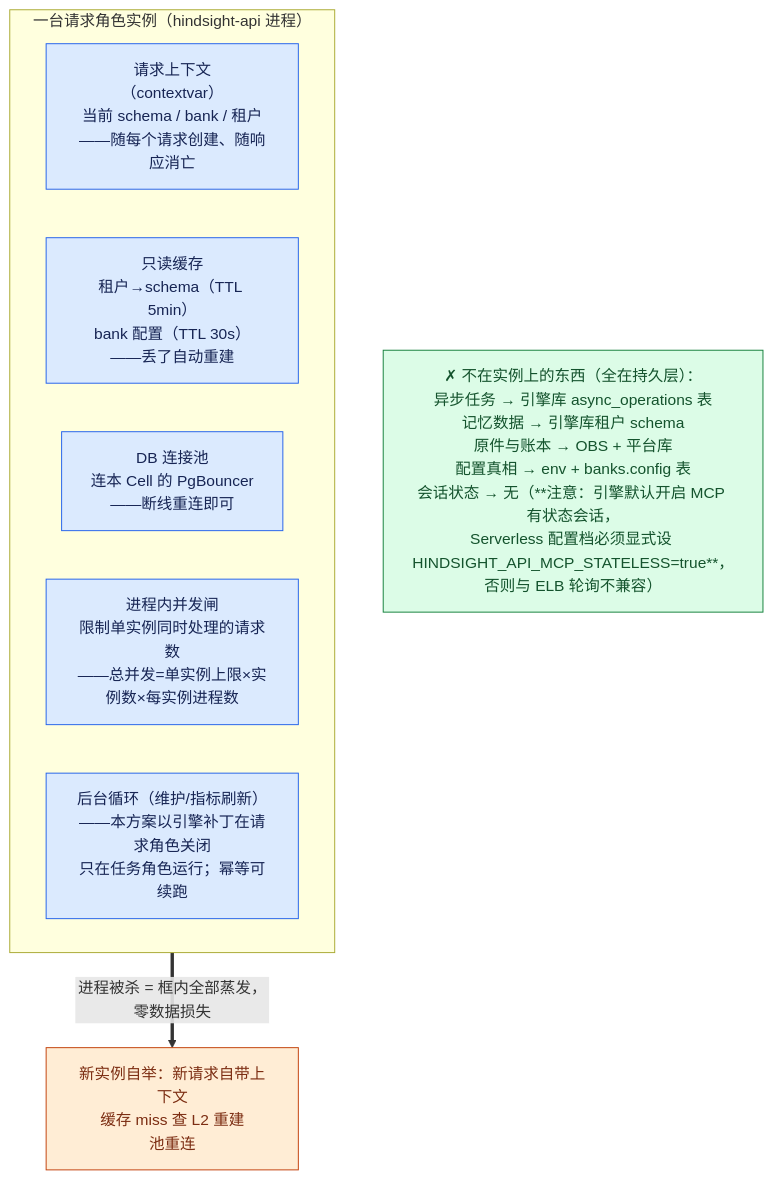
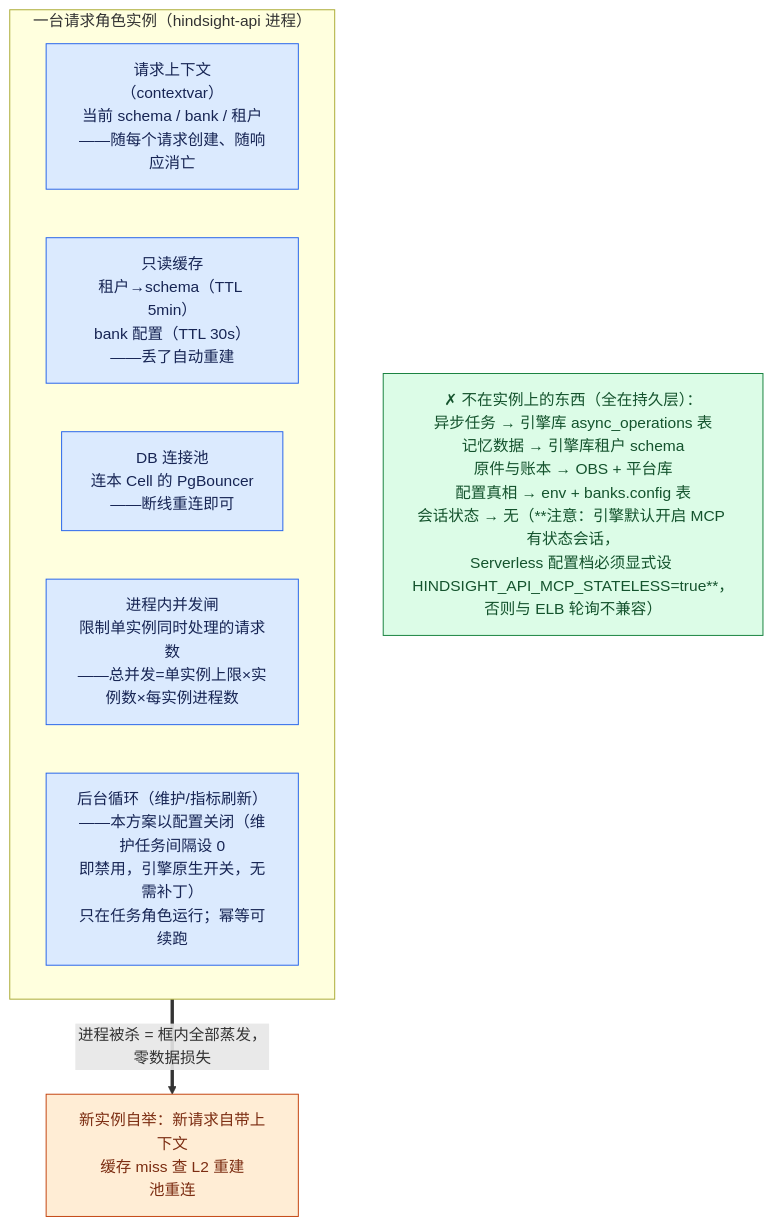
The third of 6 diagrams in docs/hindsight/huawei-cloud-serverless.md (stefanv5/memory-platform-architecture), drawn with Mermaid before and after one commit. The commit also changed other lines of this file, not shown here.

Commit message:
docs(hindsight): split storage tiers, add request-routing diagram, schema provenance, and non-PG data inventory after third review round

```diff
--- a/docs/hindsight/huawei-cloud-serverless.md
+++ b/docs/hindsight/huawei-cloud-serverless.md
@@ -255,16 +302,16 @@
 ~~~mermaid
 flowchart TB
   subgraph INST["一台请求角色实例（hindsight-api 进程）"]
     direction LR
     CV["请求上下文<br/>（contextvar）<br/>当前 schema / bank / 租户<br/>——随每个请求创建、随响应消亡"]:::hs
     CA["只读缓存<br/>租户→schema（TTL 5min）<br/>bank 配置（TTL 30s）<br/>——丢了自动重建"]:::hs
     PO["DB 连接池<br/>连本 Cell 的 PgBouncer<br/>——断线重连即可"]:::hs
     SE["进程内并发闸<br/>限制单实例同时处理的请求数<br/>——总并发=单实例上限×实例数×每实例进程数"]:::hs
-    BG["后台循环（维护/指标刷新）<br/>——本方案以引擎补丁在请求角色关闭<br/>只在任务角色运行；幂等可续跑"]:::hs
+    BG["后台循环（维护/指标刷新）<br/>——本方案以配置关闭（维护任务间隔设 0<br/>即禁用，引擎原生开关，无需补丁）<br/>只在任务角色运行；幂等可续跑"]:::hs
   end
   OUT["✗ 不在实例上的东西（全在持久层）：<br/>异步任务 → 引擎库 async_operations 表<br/>记忆数据 → 引擎库租户 schema<br/>原件与账本 → OBS + 平台库<br/>配置真相 → env + banks.config 表<br/>会话状态 → 无（**注意：引擎默认开启 MCP 有状态会话，<br/>Serverless 配置档必须显式设 HINDSIGHT_API_MCP_STATELESS=true**，<br/>否则与 ELB 轮询不兼容）"]:::oss
   INST ==>|"进程被杀 = 框内全部蒸发，零数据损失"| REB["新实例自举：新请求自带上下文<br/>缓存 miss 查 L2 重建<br/>池重连"]:::platform
   classDef hs fill:#DBEAFE,stroke:#2563EB,color:#172554;
   classDef oss fill:#DCFCE7,stroke:#15803D,color:#14532D;
   classDef platform fill:#FFEDD5,stroke:#C2410C,color:#7C2D12;
 ~~~
```
